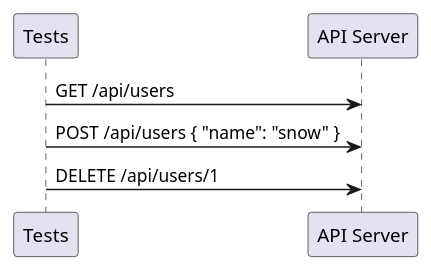
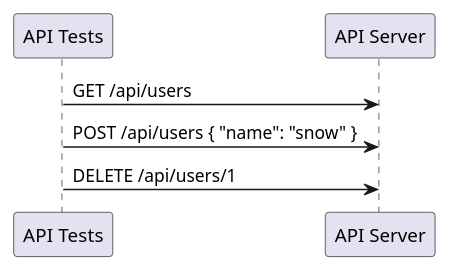
The diagram in request-making.md (pactumjs/pactumjs.github.io), drawn with PlantUML before and after one commit. The commit also changed other lines of this file and 7 other files, not shown here.

````diff
--- a/request-making.md
+++ b/request-making.md
@@ -12,9 +12,9 @@
 ```plantuml
 @startuml
 
-Tests -> "API Server": GET /api/users
-Tests -> "API Server": POST /api/users { "name": "snow" } 
-Tests -> "API Server": DELETE /api/users/1
+"API Tests" -> "API Server": GET /api/users
+"API Tests" -> "API Server": POST /api/users { "name": "snow" } 
+"API Tests" -> "API Server": DELETE /api/users/1
 
 @enduml
 ```
````
